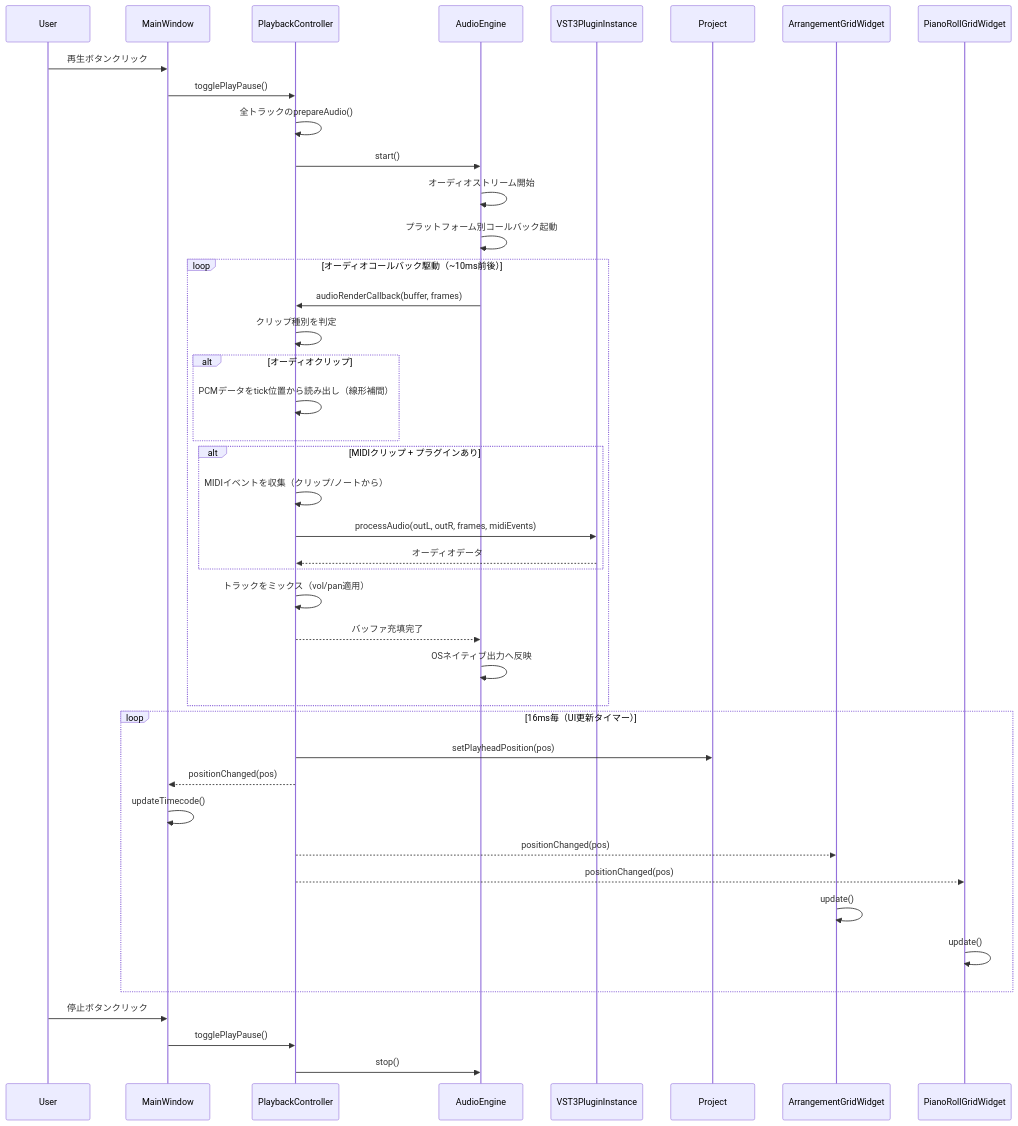
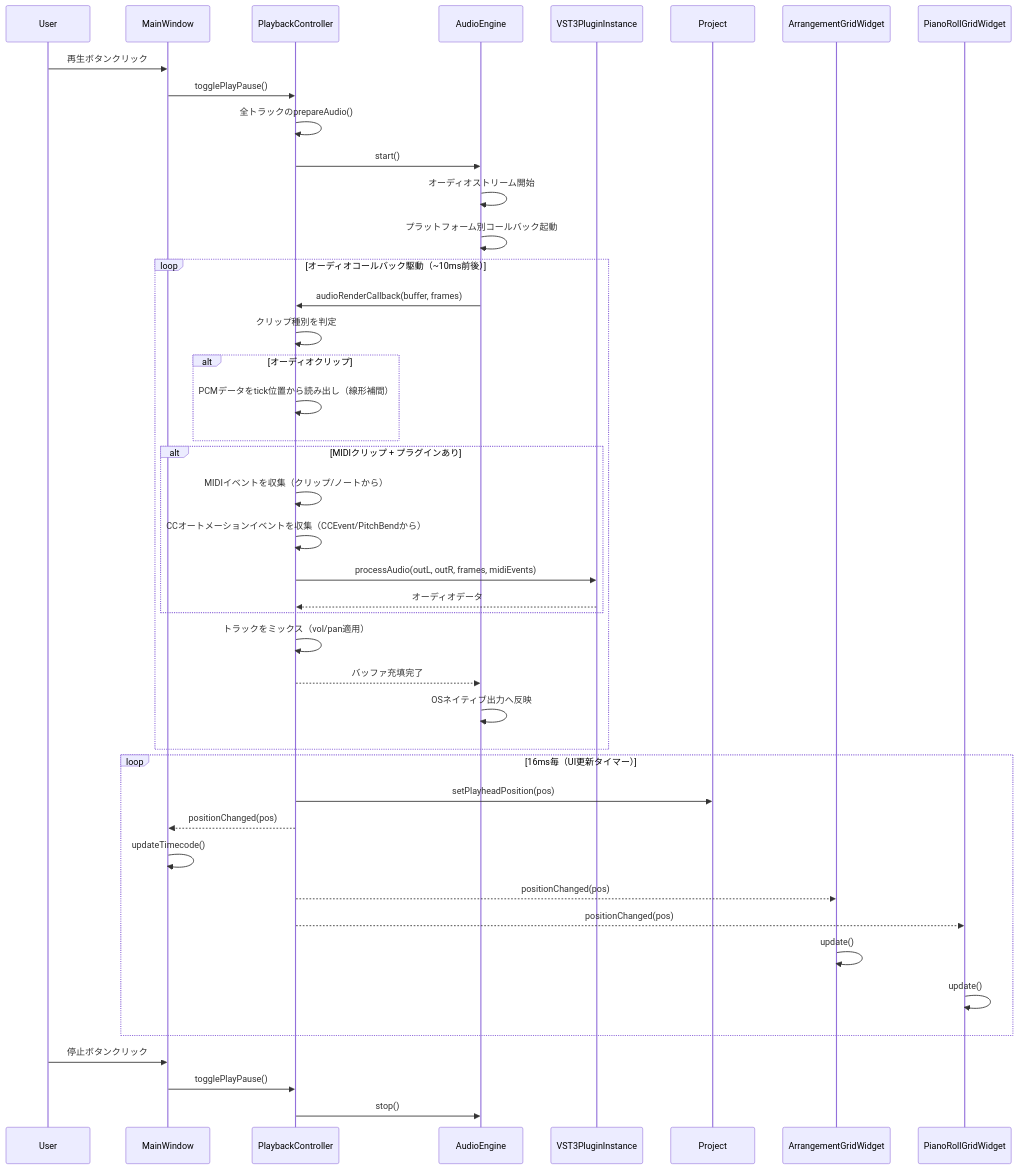
The first of 13 diagrams in docs/data_flow.md (android-cat/Darwin), drawn with Mermaid before and after one commit. The commit also changed other lines of this file and 19 other files, not shown here.

````diff
--- a/docs/data_flow.md
+++ b/docs/data_flow.md
@@ -5,48 +5,49 @@
 ```mermaid
 sequenceDiagram
     participant User
     participant MainWindow
     participant PlaybackController
     participant AudioEngine
     participant VST3PluginInstance
     participant Project
     participant ArrangementGridWidget
     participant PianoRollGridWidget
 
     User->>MainWindow: 再生ボタンクリック
     MainWindow->>PlaybackController: togglePlayPause()
     PlaybackController->>PlaybackController: 全トラックのprepareAudio()
     PlaybackController->>AudioEngine: start()
     AudioEngine->>AudioEngine: オーディオストリーム開始
     AudioEngine->>AudioEngine: プラットフォーム別コールバック起動
 
     loop オーディオコールバック駆動（~10ms前後）
         AudioEngine->>PlaybackController: audioRenderCallback(buffer, frames)
         PlaybackController->>PlaybackController: クリップ種別を判定
         alt オーディオクリップ
             PlaybackController->>PlaybackController: PCMデータをtick位置から読み出し（線形補間）
         end
         alt MIDIクリップ + プラグインあり
             PlaybackController->>PlaybackController: MIDIイベントを収集（クリップ/ノートから）
+            PlaybackController->>PlaybackController: CCオートメーションイベントを収集（CCEvent/PitchBendから）
             PlaybackController->>VST3PluginInstance: processAudio(outL, outR, frames, midiEvents)
             VST3PluginInstance-->>PlaybackController: オーディオデータ
         end
         PlaybackController->>PlaybackController: トラックをミックス（vol/pan適用）
         PlaybackController-->>AudioEngine: バッファ充填完了
         AudioEngine->>AudioEngine: OSネイティブ出力へ反映
     end
 
     loop 16ms毎（UI更新タイマー）
         PlaybackController->>Project: setPlayheadPosition(pos)
         PlaybackController-->>MainWindow: positionChanged(pos)
         MainWindow->>MainWindow: updateTimecode()
         PlaybackController-->>ArrangementGridWidget: positionChanged(pos)
         PlaybackController-->>PianoRollGridWidget: positionChanged(pos)
         ArrangementGridWidget->>ArrangementGridWidget: update()
         PianoRollGridWidget->>PianoRollGridWidget: update()
     end
 
     User->>MainWindow: 停止ボタンクリック
     MainWindow->>PlaybackController: togglePlayPause()
     PlaybackController->>AudioEngine: stop()
 ```
````
